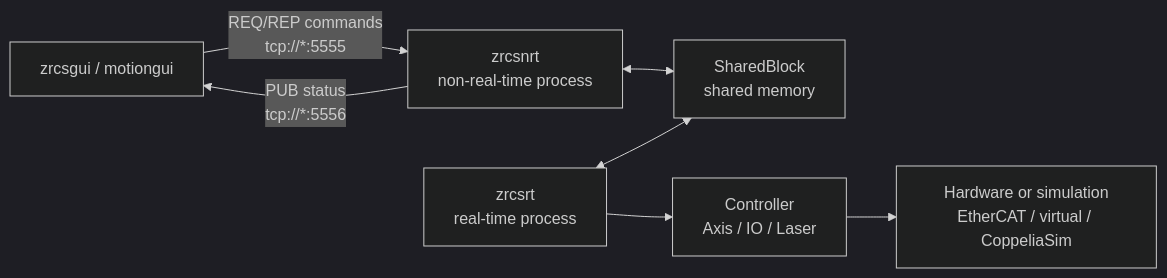
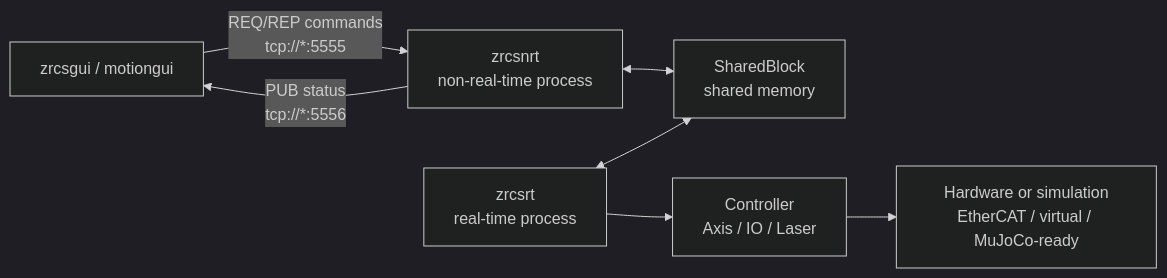
One commit to jadenzhangrobot/zrcs changed the second of 6 diagrams in docs/architecture-analysis.md. Above: the diagram before and after it, drawn with Mermaid (dark theme). The commit also changed 1999 other files, not shown here.

````diff
--- a/docs/architecture-analysis.md
+++ b/docs/architecture-analysis.md
@@ -70,16 +70,16 @@
 ```mermaid
 flowchart LR
     GUI["zrcsgui / motiongui"]
     NRT["zrcsnrt<br/>non-real-time process"]
     RT["zrcsrt<br/>real-time process"]
     SHM["SharedBlock<br/>shared memory"]
     Controller["Controller<br/>Axis / IO / Laser"]
-    Hardware["Hardware or simulation<br/>EtherCAT / virtual / CoppeliaSim"]
+    Hardware["Hardware or simulation<br/>EtherCAT / virtual / MuJoCo-ready"]
 
     GUI -- "REQ/REP commands<br/>tcp://*:5555" --> NRT
     NRT -- "PUB status<br/>tcp://*:5556" --> GUI
     NRT <--> SHM
     RT <--> SHM
     RT --> Controller
     Controller --> Hardware
 ```
````
